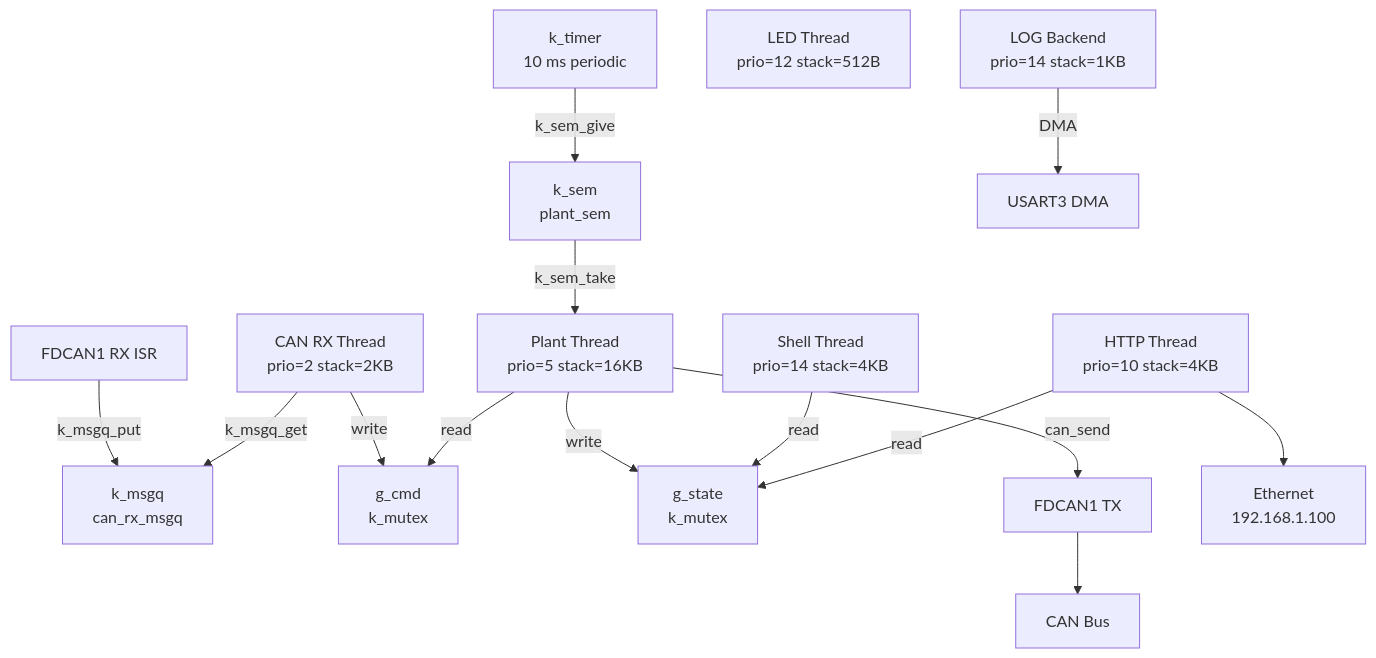
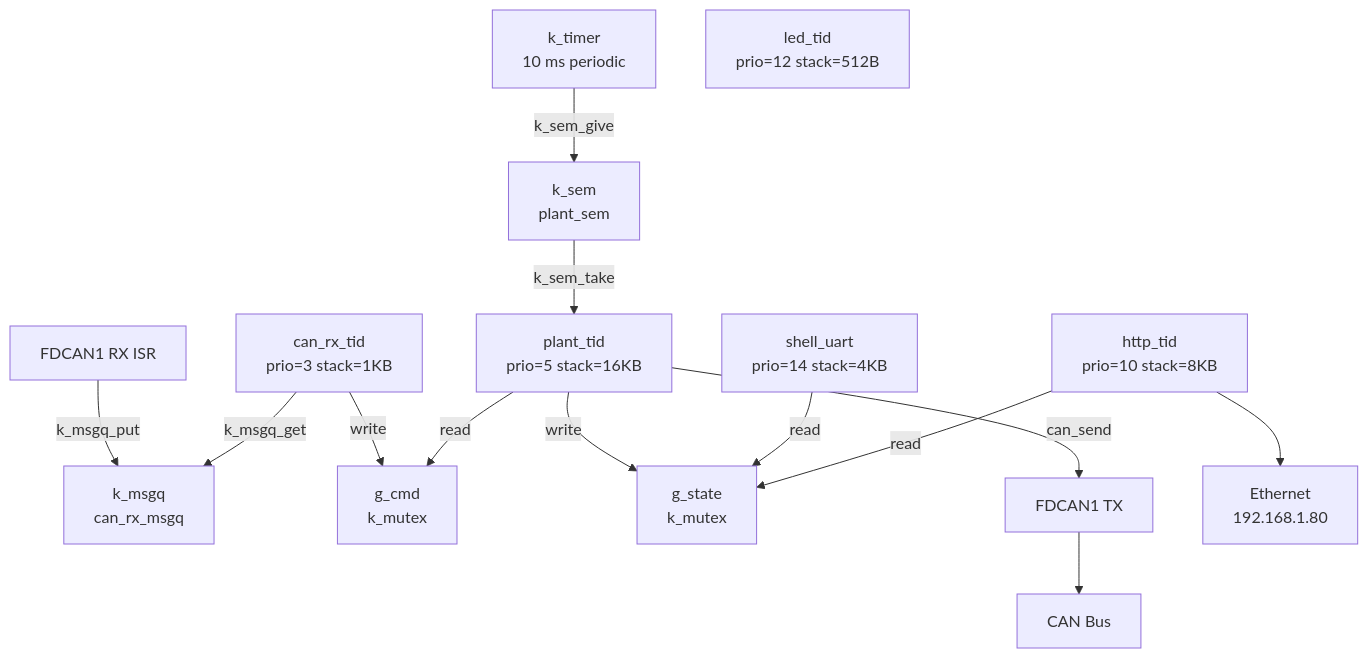
One commit to mtilocca/vehicle-Dynamics-Sim-Can changed the fifth of 7 diagrams in docs/zephyr/ZEPHYR_PORT.md. Above: the diagram before and after it, drawn with Mermaid. The commit also changed other lines of this file and 2 other files, not shown here.

````diff
--- a/docs/zephyr/ZEPHYR_PORT.md
+++ b/docs/zephyr/ZEPHYR_PORT.md
@@ -542,33 +623,30 @@
 ```mermaid
 graph TD
     TIMER["k_timer\n10 ms periodic"]
     SEM["k_sem\nplant_sem"]
-    PLANT["Plant Thread\nprio=5 stack=16KB"]
-    CANRX["CAN RX Thread\nprio=2 stack=2KB"]
-    HTTP["HTTP Thread\nprio=10 stack=4KB"]
-    LED["LED Thread\nprio=12 stack=512B"]
-    SHELL["Shell Thread\nprio=14 stack=4KB"]
-    LOGB["LOG Backend\nprio=14 stack=1KB"]
+    PLANT["plant_tid\nprio=5 stack=16KB"]
+    CANRX["can_rx_tid\nprio=3 stack=1KB"]
+    HTTP["http_tid\nprio=10 stack=8KB"]
+    LED["led_tid\nprio=12 stack=512B"]
+    SHELL["shell_uart\nprio=14 stack=4KB"]
     ISR["FDCAN1 RX ISR"]
     MSGQ["k_msgq\ncan_rx_msgq"]
     GCMD["g_cmd\nk_mutex"]
     GSTATE["g_state\nk_mutex"]
     FDTX["FDCAN1 TX"]
-    UART["USART3 DMA"]
-    ETH["Ethernet\n192.168.1.100"]
+    ETH["Ethernet\n192.168.1.80"]
     BUS["CAN Bus"]
 
     TIMER -->|k_sem_give| SEM
     SEM -->|k_sem_take| PLANT
     ISR -->|k_msgq_put| MSGQ
     CANRX -->|k_msgq_get| MSGQ
     CANRX -->|write| GCMD
     PLANT -->|read| GCMD
     PLANT -->|write| GSTATE
     SHELL -->|read| GSTATE
     HTTP -->|read| GSTATE
     PLANT -->|can_send| FDTX
     FDTX --> BUS
-    LOGB -->|DMA| UART
     HTTP --> ETH
 ```
````
